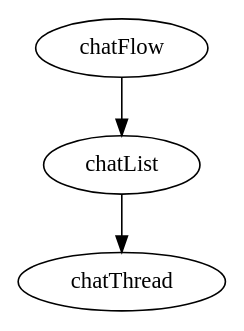
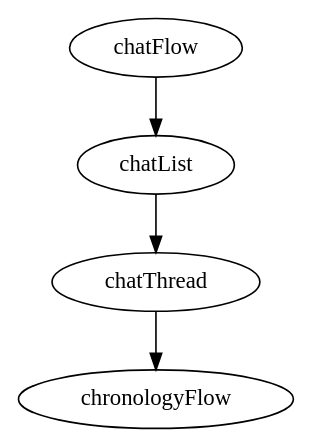
The diagram in feature/chat/routing/src/main/way/chat_flow.dot (DeveloperPalmer/clarify-android), drawn with Graphviz before and after one commit. The commit also changed 34 other files, not shown here.

```diff
--- a/feature/chat/routing/src/main/way/chat_flow.dot
+++ b/feature/chat/routing/src/main/way/chat_flow.dot
@@ -1,14 +1,18 @@
 digraph ChatFlow {
   package = "ru.sla.clarify.feature.chat.routing"
 
   chatFlow [
     type = "flow"
   ]
 
+  chronologyFlow [
+    type = "schema"
+  ]
+
   chatThread [
     parameterName = "peerId",
     parameterType = "kotlin.String"
   ]
 
-  chatFlow -> chatList -> chatThread
+  chatFlow -> chatList -> chatThread -> chronologyFlow
 }
```
